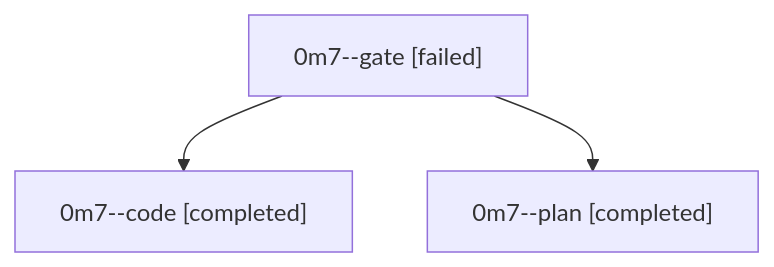
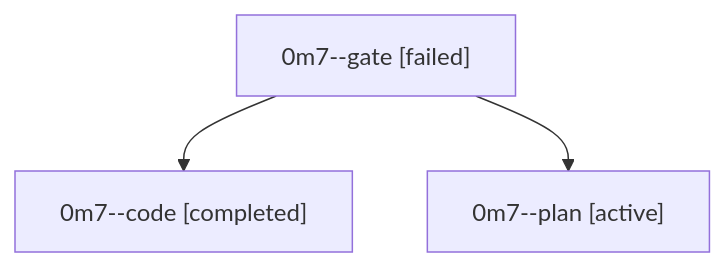
Before and after one commit to sase-org/sase--agents: the diagram in families/bbugyi200.athena.0m7.md, drawn with Mermaid. The commit also changed other lines of this file and 35830 other files, not shown here.

````diff
--- a/families/bbugyi200.athena.0m7.md
+++ b/families/bbugyi200.athena.0m7.md
@@ -9,8 +9,8 @@
 ```mermaid
 flowchart TD
   n0["0m7--gate [failed]"]
   n1["0m7--code [completed]"]
   n0 --> n1
-  n2["0m7--plan [completed]"]
+  n2["0m7--plan [active]"]
   n0 --> n2
 ```
````
